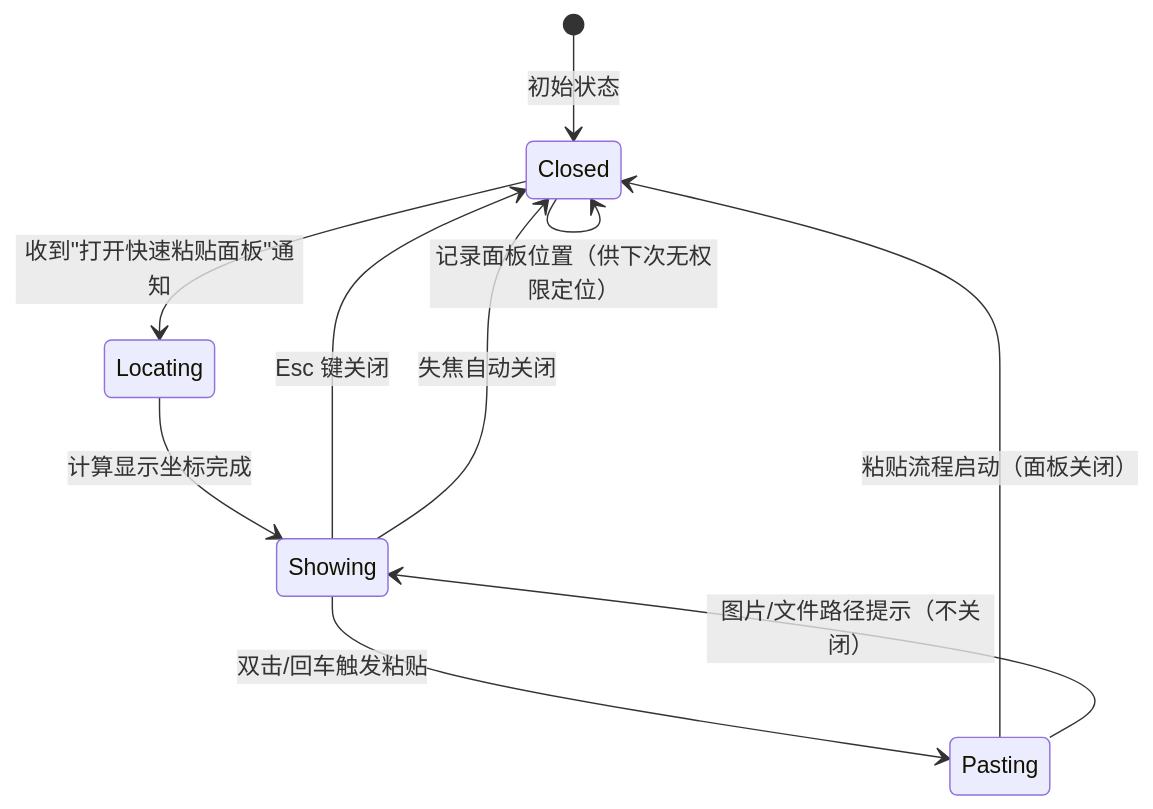
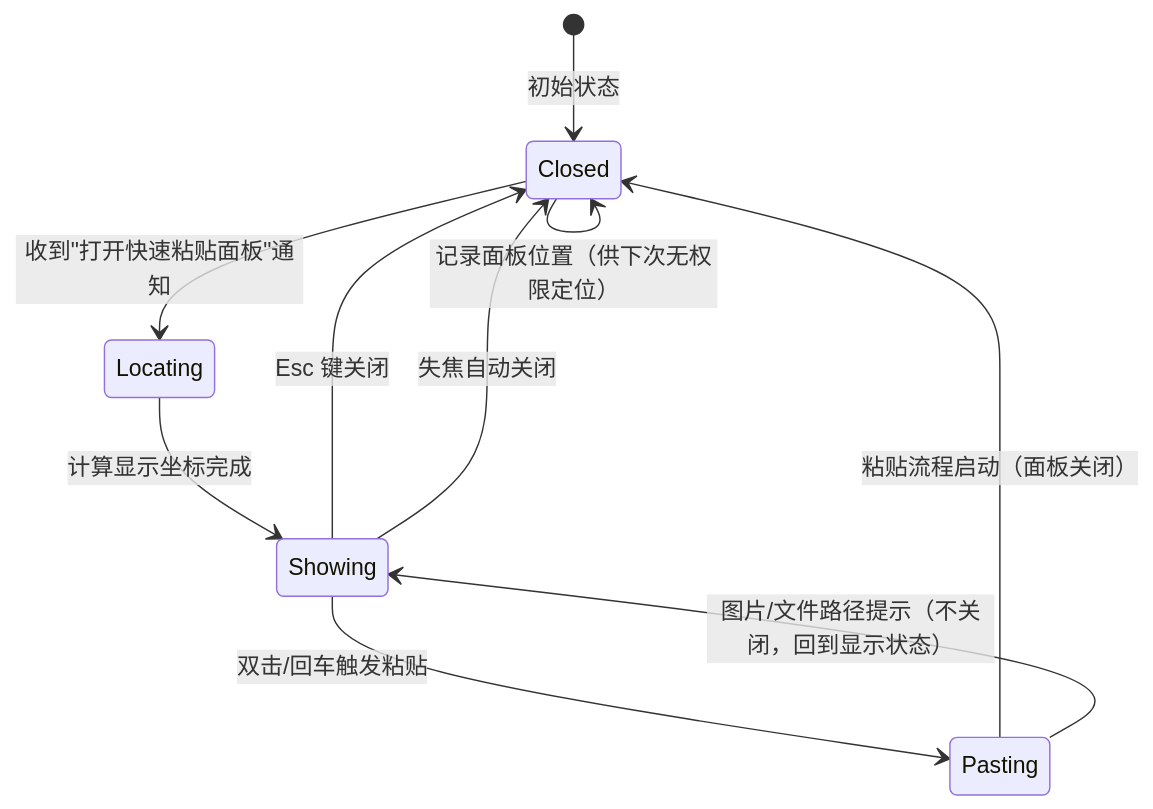
Before and after one commit to marcocpt/ClipMind: the seventh of 10 diagrams in docs/planning/P0/F1/F1.9_快捷粘贴面板_设计文档.md, drawn with Mermaid. The commit also changed other lines of this file and 1 other file, not shown here.

````diff
--- a/docs/planning/P0/F1/F1.9_快捷粘贴面板_设计文档.md
+++ b/docs/planning/P0/F1/F1.9_快捷粘贴面板_设计文档.md
@@ -394,14 +394,14 @@
 ```mermaid
 stateDiagram-v2
     [*] --> Closed: 初始状态
 
     Closed --> Locating: 收到"打开快速粘贴面板"通知
     Locating --> Showing: 计算显示坐标完成
     Showing --> Closed: Esc 键关闭
     Showing --> Closed: 失焦自动关闭
     Showing --> Pasting: 双击/回车触发粘贴
     Pasting --> Closed: 粘贴流程启动（面板关闭）
-    Pasting --> Showing: 图片/文件路径提示（不关闭）
+    Pasting --> Showing: 图片/文件路径提示（不关闭，回到显示状态）
 
     Closed --> Closed: 记录面板位置（供下次无权限定位）
 ```
````
